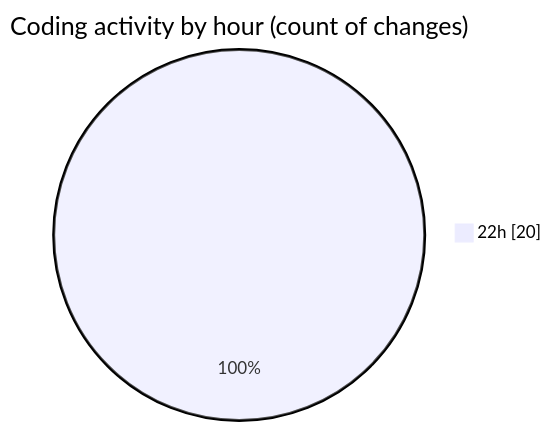
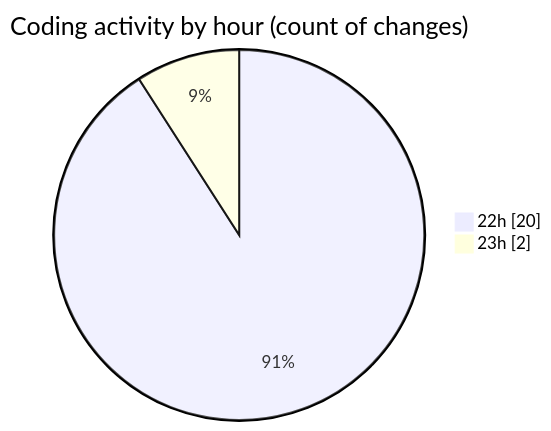
Before and after one commit to CELIANVF/code-tracking: the second of 2 diagrams in 2025-06-06/androidsumapp/README.md, drawn with Mermaid. The commit also changed other lines of this file and 1 other file, not shown here.

````diff
--- a/2025-06-06/androidsumapp/README.md
+++ b/2025-06-06/androidsumapp/README.md
@@ -31,5 +33,6 @@
 ```mermaid
 pie showData
 title Coding activity by hour (count of changes)
 "22h" : 20
+"23h" : 2
 ```
````
